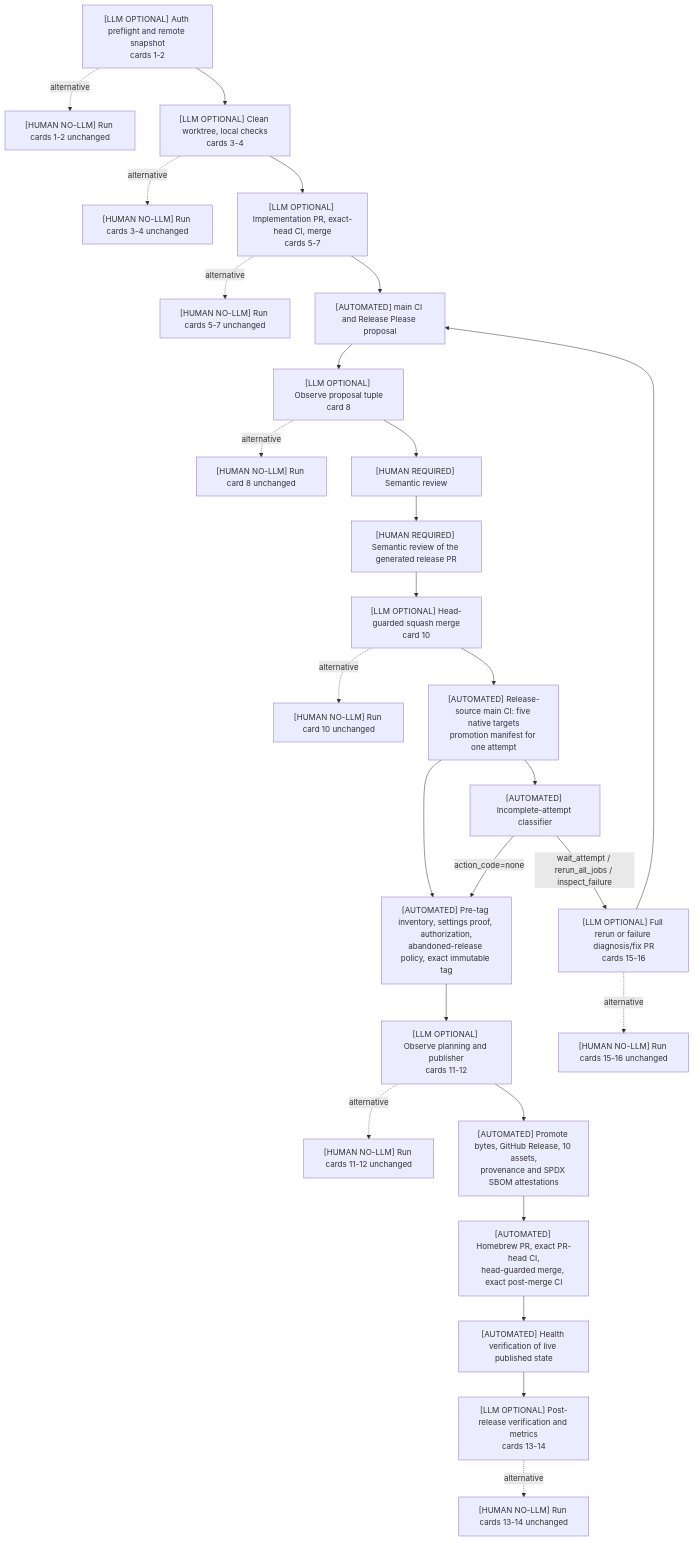
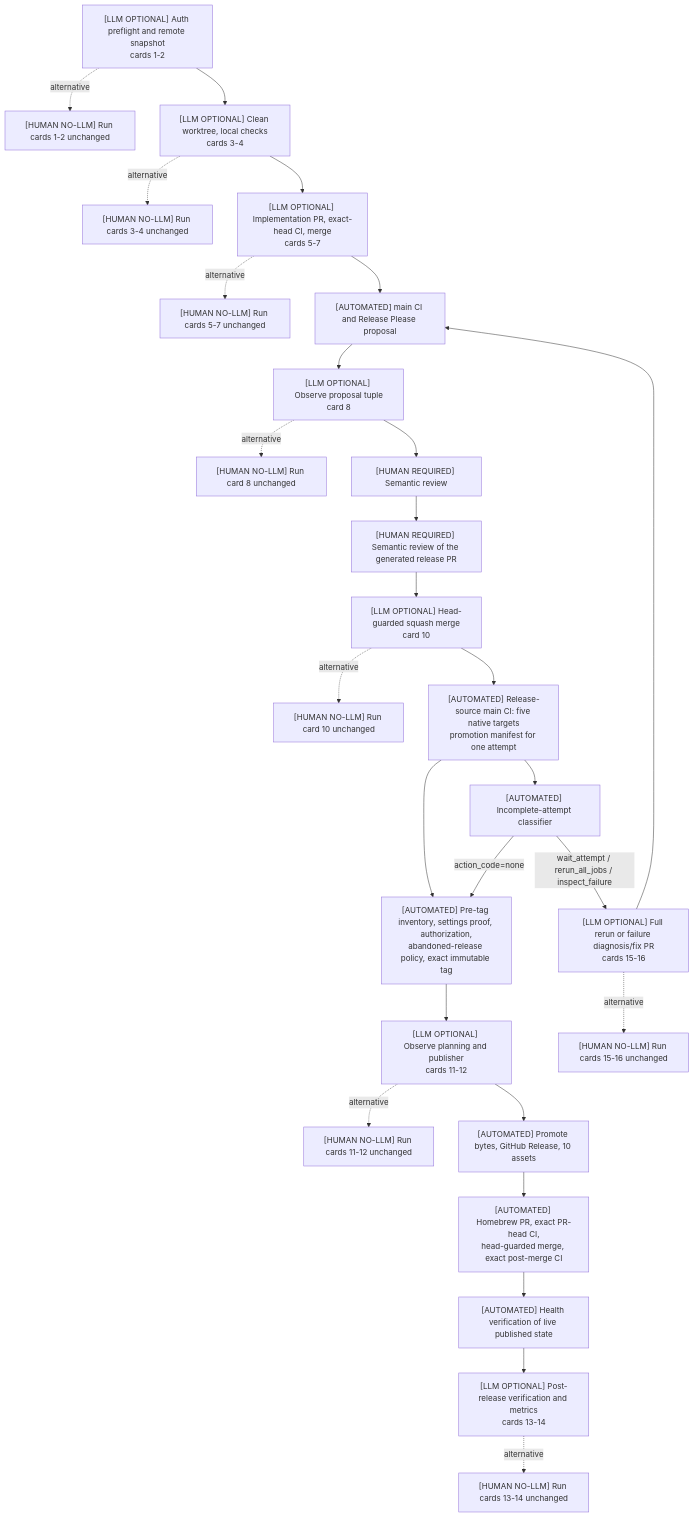
One commit to ildarbinanas-design/env-vault changed the diagram in docs/release-operator-runbook.md. Above: the diagram before and after it, drawn with Mermaid. The commit also changed other lines of this file and 25 other files, not shown here.

First line of the commit message:
ci(release): drop the bespoke provenance/SBOM contour (#74)

````diff
--- a/docs/release-operator-runbook.md
+++ b/docs/release-operator-runbook.md
@@ -53,42 +53,42 @@
 ```mermaid
 flowchart TD
     A["[LLM OPTIONAL] Auth preflight and remote snapshot<br/>cards 1-2"]
     A0["[HUMAN NO-LLM] Run cards 1-2 unchanged"]
     B["[LLM OPTIONAL] Clean worktree, local checks<br/>cards 3-4"]
     B0["[HUMAN NO-LLM] Run cards 3-4 unchanged"]
     C["[LLM OPTIONAL] Implementation PR, exact-head CI, merge<br/>cards 5-7"]
     C0["[HUMAN NO-LLM] Run cards 5-7 unchanged"]
     D["[AUTOMATED] main CI and Release Please proposal"]
     E["[LLM OPTIONAL] Observe proposal tuple<br/>card 8"]
     E0["[HUMAN NO-LLM] Run card 8 unchanged"]
     F["[HUMAN REQUIRED] Semantic review"]
     G["[HUMAN REQUIRED] Semantic review of the generated release PR"]
     H["[LLM OPTIONAL] Head-guarded squash merge<br/>card 10"]
     H0["[HUMAN NO-LLM] Run card 10 unchanged"]
     I["[AUTOMATED] Release-source main CI: five native targets<br/>promotion manifest for one attempt"]
     J["[AUTOMATED] Pre-tag inventory, settings proof, authorization,<br/>abandoned-release policy, exact immutable tag"]
     K["[LLM OPTIONAL] Observe planning and publisher<br/>cards 11-12"]
     K0["[HUMAN NO-LLM] Run cards 11-12 unchanged"]
-    L["[AUTOMATED] Promote bytes, GitHub Release, 10 assets,<br/>provenance and SPDX SBOM attestations"]
+    L["[AUTOMATED] Promote bytes, GitHub Release, 10 assets"]
     M["[AUTOMATED] Homebrew PR, exact PR-head CI,<br/>head-guarded merge, exact post-merge CI"]
     N["[AUTOMATED] Health verification of live published state"]
     O["[LLM OPTIONAL] Post-release verification and metrics<br/>cards 13-14"]
     O0["[HUMAN NO-LLM] Run cards 13-14 unchanged"]
     X["[AUTOMATED] Incomplete-attempt classifier"]
     Y["[LLM OPTIONAL] Full rerun or failure diagnosis/fix PR<br/>cards 15-16"]
     Y0["[HUMAN NO-LLM] Run cards 15-16 unchanged"]
 
     A --> B --> C --> D --> E --> F --> G --> H --> I --> J --> K --> L --> M --> N --> O
     A -. alternative .-> A0
     B -. alternative .-> B0
     C -. alternative .-> C0
     E -. alternative .-> E0
     H -. alternative .-> H0
     K -. alternative .-> K0
     O -. alternative .-> O0
     I --> X
     X -->|"action_code=none"| J
     X -->|"wait_attempt / rerun_all_jobs / inspect_failure"| Y
     Y -. alternative .-> Y0
     Y --> D
 ```
````
